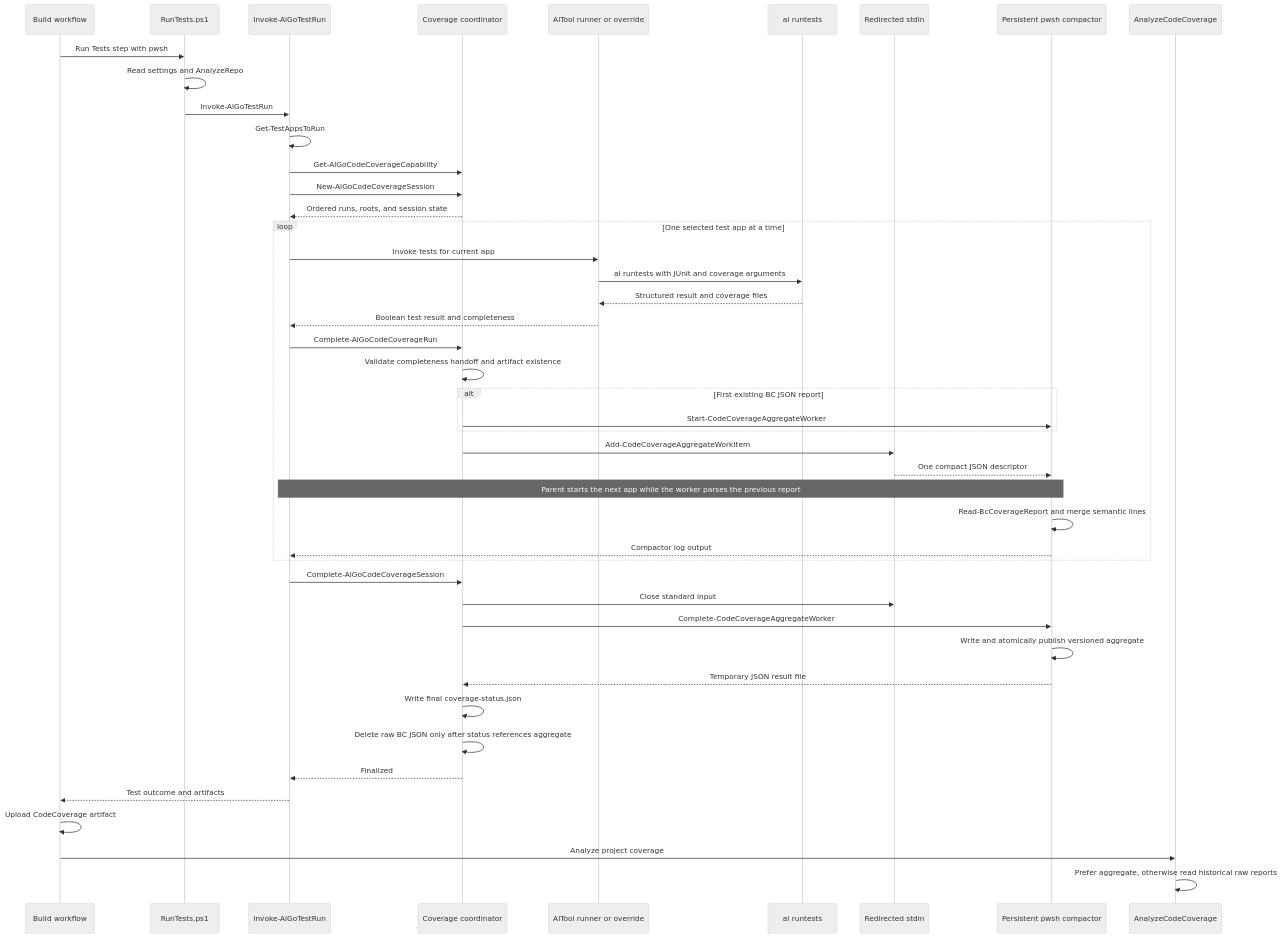
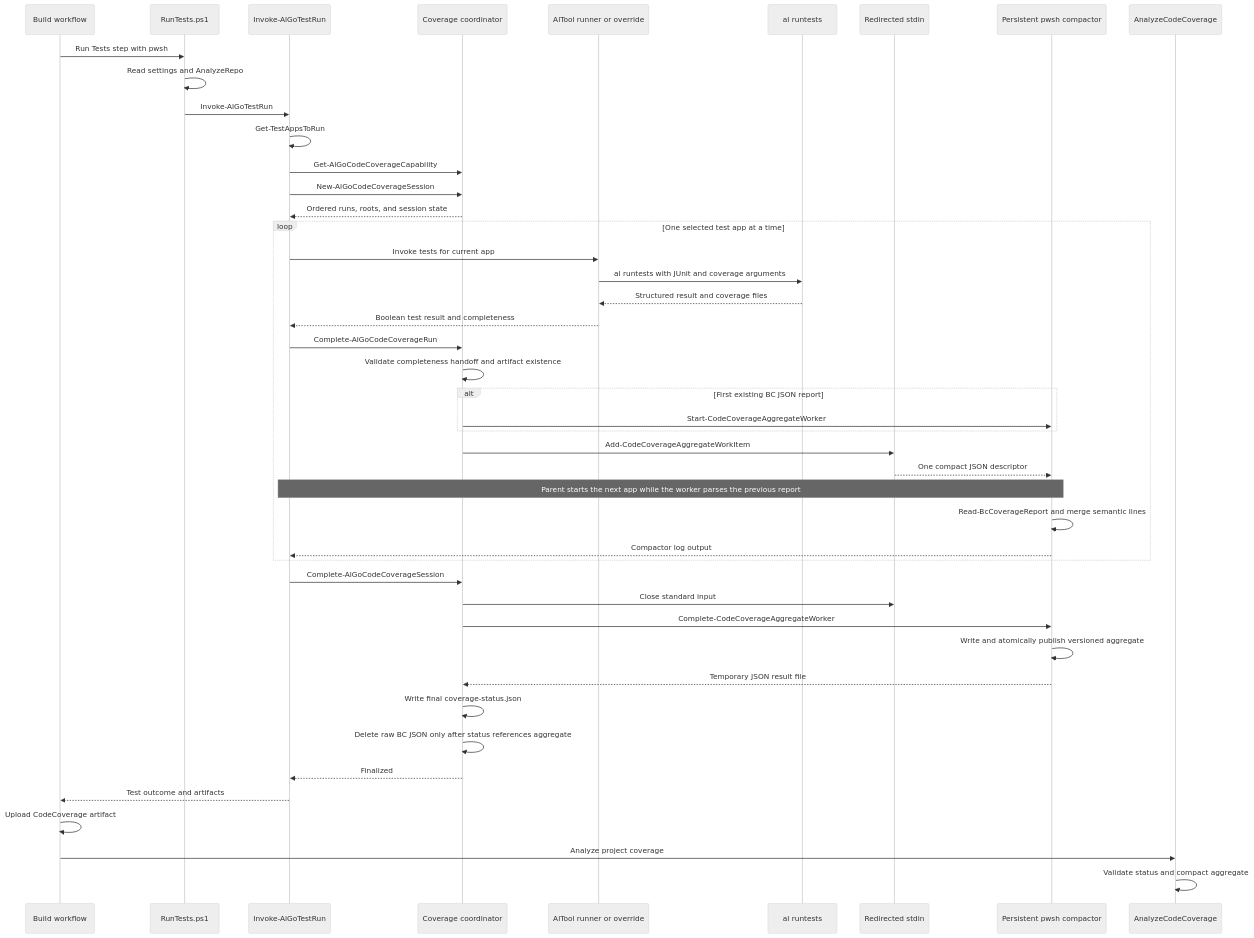
One commit to microsoft/AL-Go changed the second of 2 diagrams in Actions/RunTests/CodeCoverageArchitecture.md. Above: the diagram before and after it, drawn with Mermaid (neutral theme). The commit also changed other lines of this file and 19 other files, not shown here.

Commit message:
Analyzer reds only aggregate report.

````diff
--- a/Actions/RunTests/CodeCoverageArchitecture.md
+++ b/Actions/RunTests/CodeCoverageArchitecture.md
@@ -61,50 +61,50 @@
 ```mermaid
 sequenceDiagram
     participant Workflow as Build workflow
     participant Entry as RunTests.ps1
     participant RunTests as Invoke-AlGoTestRun
     participant Coordinator as Coverage coordinator
     participant Runner as AlTool runner or override
     participant AlTool as al runtests
     participant Pipe as Redirected stdin
     participant Worker as Persistent pwsh compactor
     participant Analyzer as AnalyzeCodeCoverage
 
     Workflow->>Entry: Run Tests step with pwsh
     Entry->>Entry: Read settings and AnalyzeRepo
     Entry->>RunTests: Invoke-AlGoTestRun
     RunTests->>RunTests: Get-TestAppsToRun
     RunTests->>Coordinator: Get-AlGoCodeCoverageCapability
     RunTests->>Coordinator: New-AlGoCodeCoverageSession
     Coordinator-->>RunTests: Ordered runs, roots, and session state
 
     loop One selected test app at a time
         RunTests->>Runner: Invoke tests for current app
         Runner->>AlTool: al runtests with JUnit and coverage arguments
         AlTool-->>Runner: Structured result and coverage files
         Runner-->>RunTests: Boolean test result and completeness
         RunTests->>Coordinator: Complete-AlGoCodeCoverageRun
         Coordinator->>Coordinator: Validate completeness handoff and artifact existence
         alt First existing BC JSON report
             Coordinator->>Worker: Start-CodeCoverageAggregateWorker
         end
         Coordinator->>Pipe: Add-CodeCoverageAggregateWorkItem
         Pipe-->>Worker: One compact JSON descriptor
         Note over RunTests,Worker: Parent starts the next app while the worker parses the previous report
         Worker->>Worker: Read-BcCoverageReport and merge semantic lines
         Worker-->>RunTests: Compactor log output
     end
 
     RunTests->>Coordinator: Complete-AlGoCodeCoverageSession
     Coordinator->>Pipe: Close standard input
     Coordinator->>Worker: Complete-CodeCoverageAggregateWorker
     Worker->>Worker: Write and atomically publish versioned aggregate
     Worker-->>Coordinator: Temporary JSON result file
     Coordinator->>Coordinator: Write final coverage-status.json
     Coordinator->>Coordinator: Delete raw BC JSON only after status references aggregate
     Coordinator-->>RunTests: Finalized
     RunTests-->>Workflow: Test outcome and artifacts
     Workflow->>Workflow: Upload CodeCoverage artifact
     Workflow->>Analyzer: Analyze project coverage
-    Analyzer->>Analyzer: Prefer aggregate, otherwise read historical raw reports
+    Analyzer->>Analyzer: Validate status and compact aggregate
 ```
````
